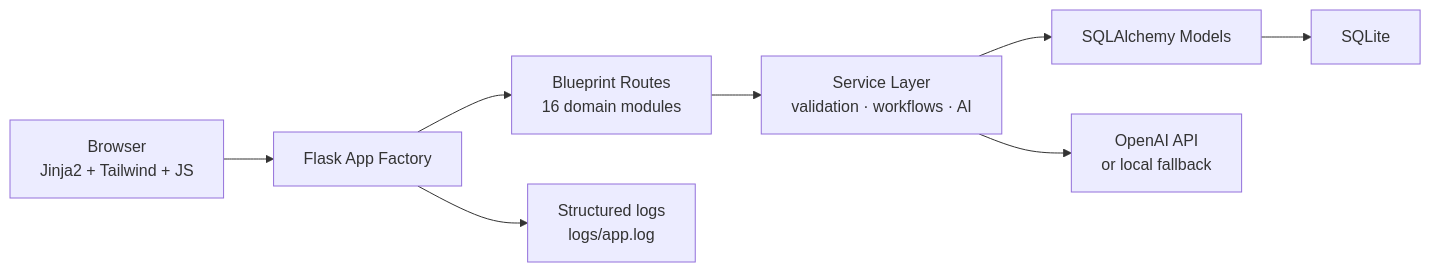
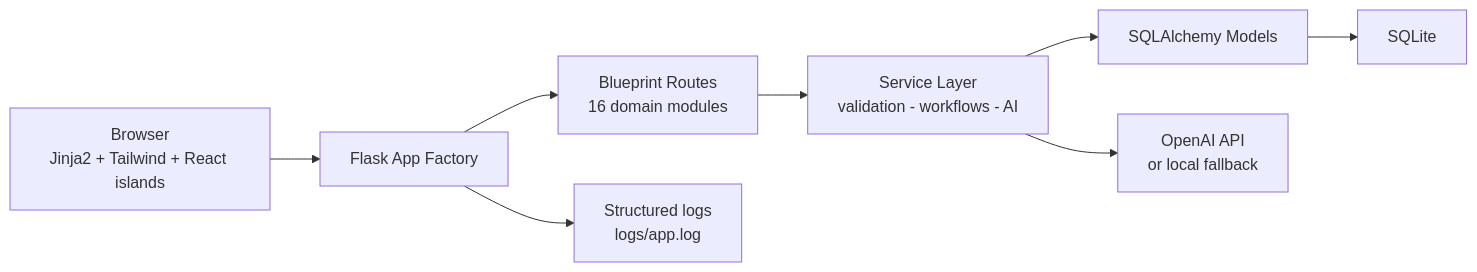
The first of 2 diagrams in README.md (siinanXD/MaintanaceAIsisst), drawn with Mermaid before and after one commit. The commit also changed other lines of this file and 5 other files, not shown here.

Commit message:
docs: align documentation with current architecture

````diff
--- a/README.md
+++ b/README.md
@@ -373,10 +385,10 @@
 ```mermaid
 flowchart LR
-    Browser["Browser\nJinja2 + Tailwind + JS"] --> Flask["Flask App Factory"]
+    Browser["Browser\nJinja2 + Tailwind + React islands"] --> Flask["Flask App Factory"]
     Flask --> Routes["Blueprint Routes\n16 domain modules"]
-    Routes --> Services["Service Layer\nvalidation · workflows · AI"]
+    Routes --> Services["Service Layer\nvalidation - workflows - AI"]
     Services --> Models["SQLAlchemy Models"]
     Models --> SQLite["SQLite"]
     Services --> AI["OpenAI API\nor local fallback"]
     Flask --> Logs["Structured logs\nlogs/app.log"]
 ```
````
